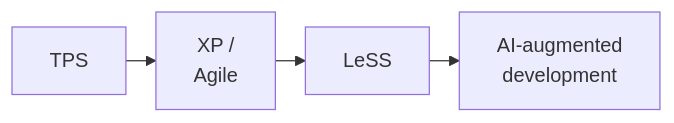
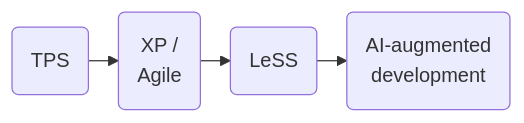
One commit to terryyin/terry-talks changed the first of 3 diagrams in slides/tps-and-ai/slides.md. Above: the diagram before and after it, drawn with Mermaid. The commit also changed other lines of this file and 2 other files, not shown here.

````diff
--- a/slides/tps-and-ai/slides.md
+++ b/slides/tps-and-ai/slides.md
@@ -98,10 +98,11 @@
 ```mermaid {scale: 0.9}
 %%{init: {'flowchart': {'rankSpacing': 24, 'nodeSpacing': 20}}}%%
 flowchart LR
-  TPS[TPS]
-  XP[XP /<br>Agile]
-  LESS[LeSS]
-  AI[AI-augmented<br>development]
+  TPS(TPS)
+  XP(XP /<br>Agile)
+  LESS(LeSS)
+  AI(AI-augmented<br>development)
 
   TPS --> XP --> LESS --> AI
+  class AI accent
 ```
````
